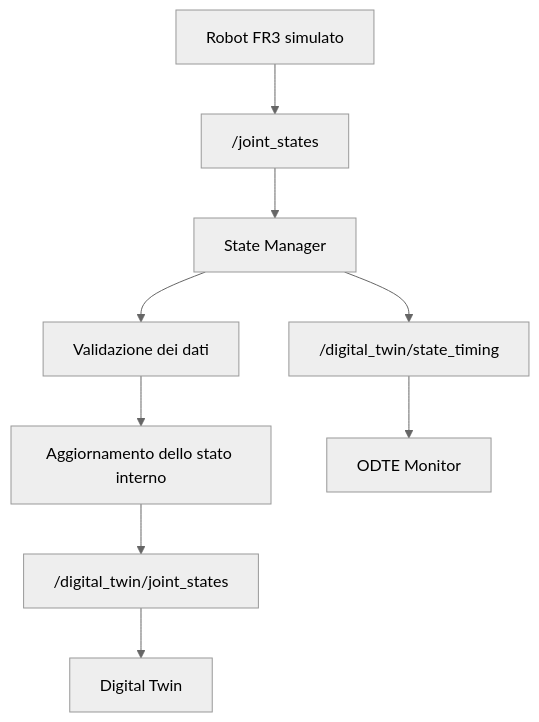
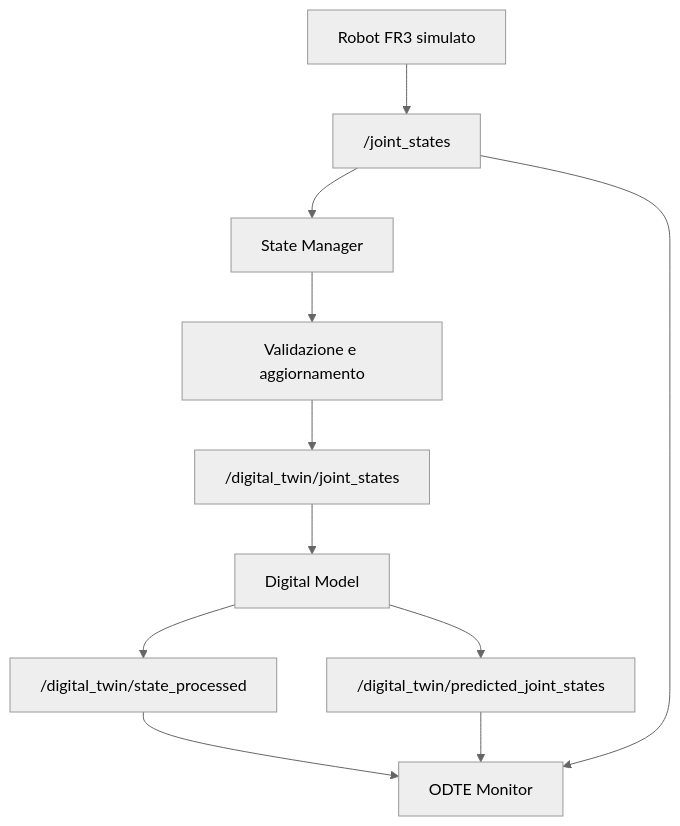
Before and after one commit to chiarabrignani/franka_digital_twin: the second of 3 diagrams in docs/architecture.md, drawn with Mermaid (neutral theme). The commit also changed other lines of this file and 10 other files, not shown here.

Commit message:
Refactor Digital Twin architecture and monitoring

````diff
--- a/docs/architecture.md
+++ b/docs/architecture.md
@@ -246,21 +197,23 @@
 ```mermaid
 flowchart TD
     A["Robot FR3 simulato"]
     B["/joint_states"]
     C["State Manager"]
-    D["Validazione dei dati"]
-    E["Aggiornamento dello stato interno"]
-    F["/digital_twin/joint_states"]
-    G["Digital Twin"]
-    H["/digital_twin/state_timing"]
+    D["Validazione e aggiornamento"]
+    E["/digital_twin/joint_states"]
+    F["Digital Model"]
+    G["/digital_twin/state_processed"]
+    H["/digital_twin/predicted_joint_states"]
     I["ODTE Monitor"]
 
     A --> B
     B --> C
     C --> D
     D --> E
     E --> F
     F --> G
-    C --> H
+    F --> H
+    G --> I
     H --> I
+    B --> I
 ```
````
